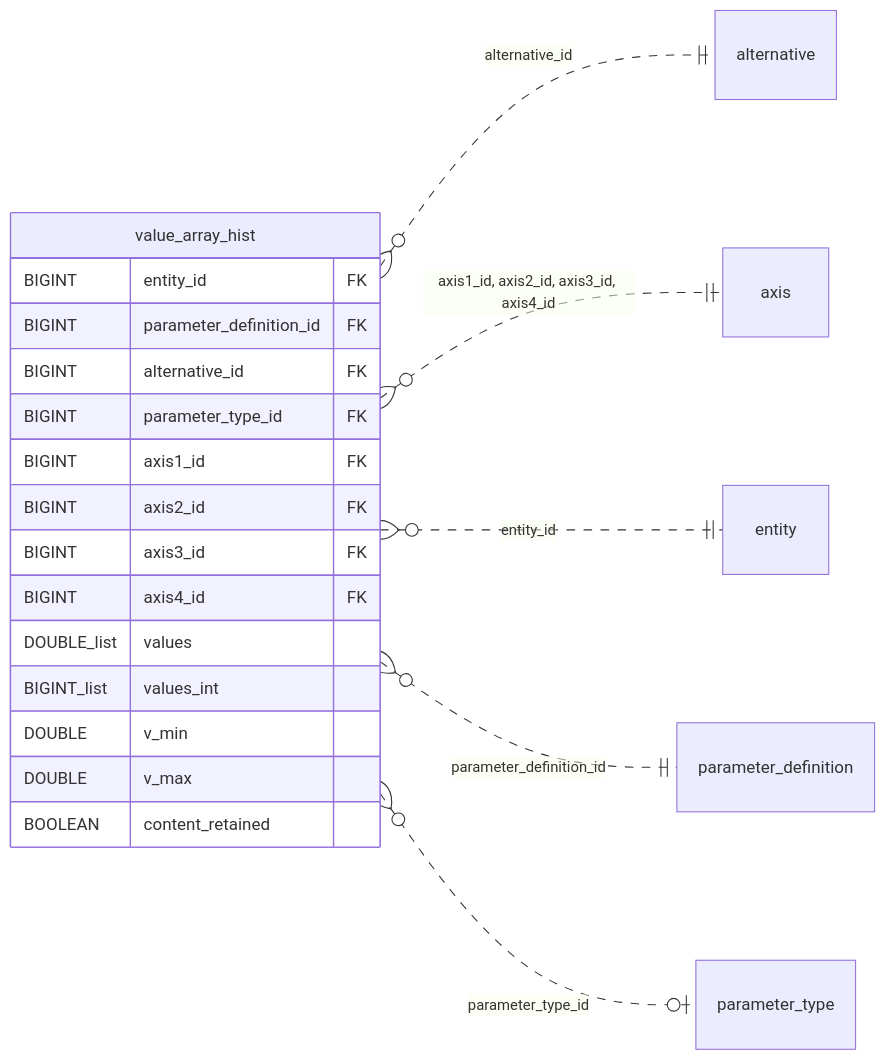
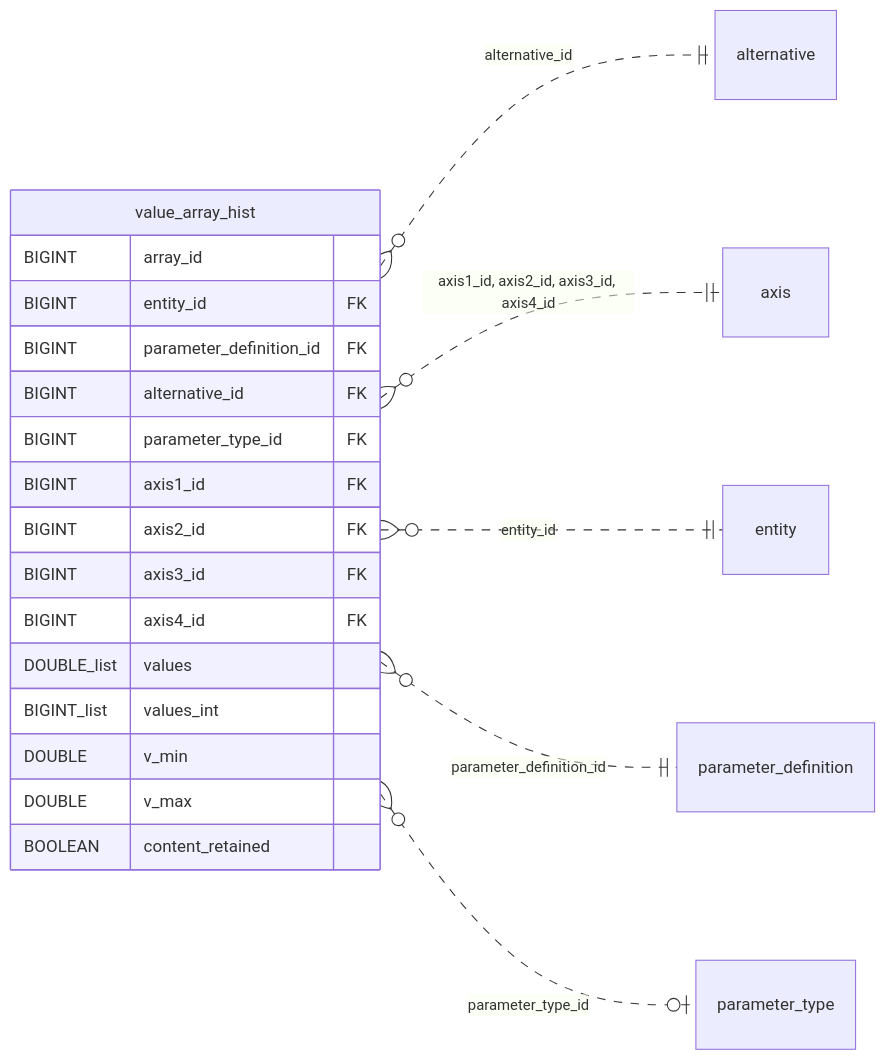
One commit to nodal-tools/nodal-db changed the seventh of 15 diagrams in docs/_generated/schema_diagrams.md. Above: the diagram before and after it, drawn with Mermaid. The commit also changed other lines of this file and 6 other files, not shown here.

First line of the commit message:
Docs: array_id on the schema, architecture and rationale pages

````diff
--- a/docs/_generated/schema_diagrams.md
+++ b/docs/_generated/schema_diagrams.md
@@ -564,24 +565,25 @@
 ```mermaid
 erDiagram
     direction LR
     value_array_hist {
+        BIGINT array_id
         BIGINT entity_id FK
         BIGINT parameter_definition_id FK
         BIGINT alternative_id FK
         BIGINT parameter_type_id FK
         BIGINT axis1_id FK
         BIGINT axis2_id FK
         BIGINT axis3_id FK
         BIGINT axis4_id FK
         DOUBLE_list values
         BIGINT_list values_int
         DOUBLE v_min
         DOUBLE v_max
         BOOLEAN content_retained
     }
     value_array_hist }o..|| alternative : "alternative_id"
     value_array_hist }o..|| axis : "axis1_id, axis2_id, axis3_id, axis4_id"
     value_array_hist }o..|| entity : "entity_id"
     value_array_hist }o..|| parameter_definition : "parameter_definition_id"
     value_array_hist }o..o| parameter_type : "parameter_type_id"
 ```
````
